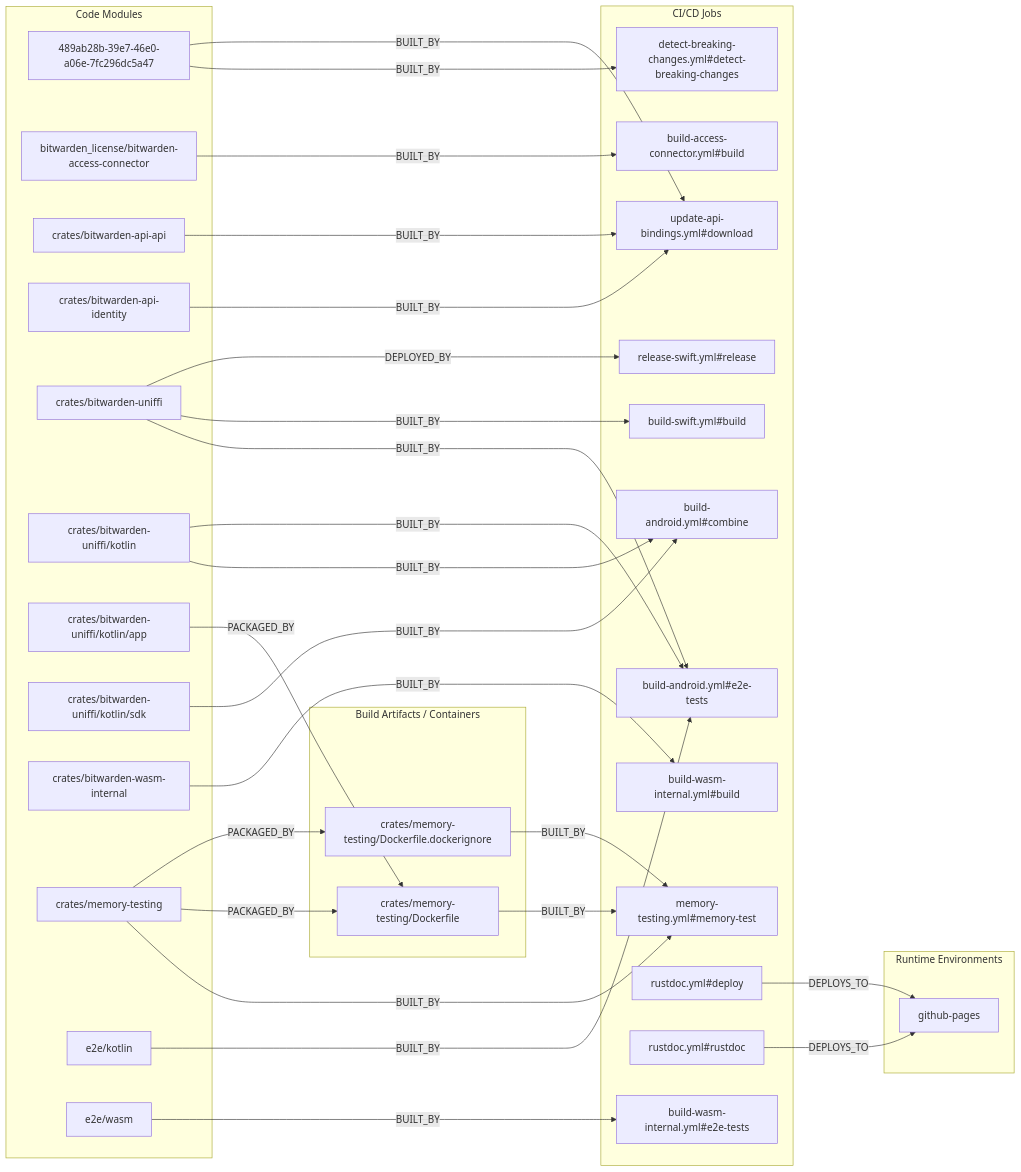
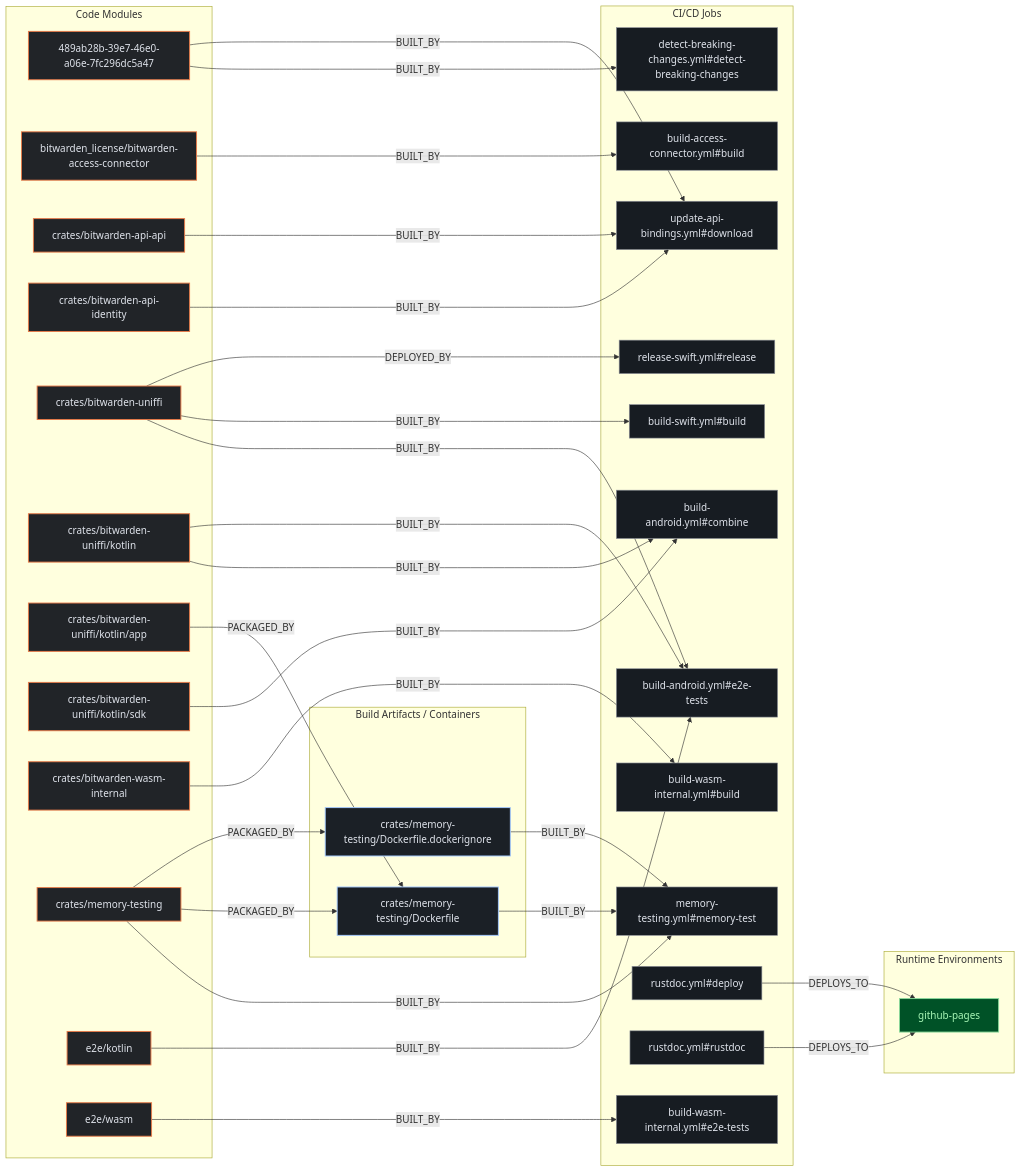
Before and after one commit to kumarshaz/atruss-code-atlas: the second of 3 diagrams in exports/latest/reports/bitwarden-sdk-internal-report.md, drawn with Mermaid. The commit also changed other lines of this file and 331 other files, not shown here.

Commit message:
docs,ui,fix: update SDLC docs, reorder CI/CD DAG first, stylize Mermaid, and fix Arc42 pipeline topology

````diff
--- a/exports/latest/reports/bitwarden-sdk-internal-report.md
+++ b/exports/latest/reports/bitwarden-sdk-internal-report.md
@@ -280,60 +287,64 @@
 ```mermaid
 flowchart LR
+    classDef atlasCategory fill:#212428,stroke:#E87A48,stroke-width:1.5px,color:#dfe3eb
+    classDef atlasWorkflow fill:#1b2026,stroke:#a3c9ff,stroke-width:1.5px,color:#dfe3eb
+    classDef atlasJob fill:#171c22,stroke:#8d9199,stroke-width:1px,color:#dfe3eb
+    classDef atlasTarget fill:#005227,stroke:#8bd99b,stroke-width:1.5px,color:#a7f6b6
     subgraph code_modules["Code Modules"]
-        mod_489ab28b_39e7_46e0_a06e_7fc296dc5a47["489ab28b-39e7-46e0-a06e-7fc296dc5a47"]
-        mod_bitwarden_license_bitwarden_access_connector["bitwarden_license/bitwarden-access-connector"]
-        mod_crates_bitwarden_api_api["crates/bitwarden-api-api"]
-        mod_crates_bitwarden_api_identity["crates/bitwarden-api-identity"]
-        mod_crates_bitwarden_uniffi["crates/bitwarden-uniffi"]
-        mod_crates_bitwarden_uniffi_kotlin["crates/bitwarden-uniffi/kotlin"]
-        mod_crates_bitwarden_uniffi_kotlin_app["crates/bitwarden-uniffi/kotlin/app"]
-        mod_crates_bitwarden_uniffi_kotlin_sdk["crates/bitwarden-uniffi/kotlin/sdk"]
-        mod_crates_bitwarden_wasm_internal["crates/bitwarden-wasm-internal"]
-        mod_crates_memory_testing["crates/memory-testing"]
-        mod_e2e_kotlin["e2e/kotlin"]
-        mod_e2e_wasm["e2e/wasm"]
+        mod_489ab28b_39e7_46e0_a06e_7fc296dc5a47["489ab28b-39e7-46e0-a06e-7fc296dc5a47"]:::atlasCategory
+        mod_bitwarden_license_bitwarden_access_connector["bitwarden_license/bitwarden-access-connector"]:::atlasCategory
+        mod_crates_bitwarden_api_api["crates/bitwarden-api-api"]:::atlasCategory
+        mod_crates_bitwarden_api_identity["crates/bitwarden-api-identity"]:::atlasCategory
+        mod_crates_bitwarden_uniffi["crates/bitwarden-uniffi"]:::atlasCategory
+        mod_crates_bitwarden_uniffi_kotlin["crates/bitwarden-uniffi/kotlin"]:::atlasCategory
+        mod_crates_bitwarden_uniffi_kotlin_app["crates/bitwarden-uniffi/kotlin/app"]:::atlasCategory
+        mod_crates_bitwarden_uniffi_kotlin_sdk["crates/bitwarden-uniffi/kotlin/sdk"]:::atlasCategory
+        mod_crates_bitwarden_wasm_internal["crates/bitwarden-wasm-internal"]:::atlasCategory
+        mod_crates_memory_testing["crates/memory-testing"]:::atlasCategory
+        mod_e2e_kotlin["e2e/kotlin"]:::atlasCategory
+        mod_e2e_wasm["e2e/wasm"]:::atlasCategory
     end
     subgraph build_artifacts["Build Artifacts / Containers"]
-        art_crates_memory_testing_Dockerfile["crates/memory-testing/Dockerfile"]
-        art_crates_memory_testing_Dockerfile_dockerignore["crates/memory-testing/Dockerfile.dockerignore"]
+        art_crates_memory_testing_Dockerfile["crates/memory-testing/Dockerfile"]:::atlasWorkflow
+        art_crates_memory_testing_Dockerfile_dockerignore["crates/memory-testing/Dockerfile.dockerignore"]:::atlasWorkflow
     end
     subgraph ci_jobs["CI/CD Jobs"]
-        job_build_access_connector_yml_build["build-access-connector.yml#build"]
-        job_build_android_yml_combine["build-android.yml#combine"]
-        job_build_android_yml_e2e_tests["build-android.yml#e2e-tests"]
-        job_build_swift_yml_build["build-swift.yml#build"]
-        job_build_wasm_internal_yml_build["build-wasm-internal.yml#build"]
-        job_build_wasm_internal_yml_e2e_tests["build-wasm-internal.yml#e2e-tests"]
-        job_detect_breaking_changes_yml_detect_breaking_changes["detect-breaking-changes.yml#detect-breaking-changes"]
-        job_memory_testing_yml_memory_test["memory-testing.yml#memory-test"]
-        job_release_swift_yml_release["release-swift.yml#release"]
-        job_rustdoc_yml_deploy["rustdoc.yml#deploy"]
-        job_rustdoc_yml_rustdoc["rustdoc.yml#rustdoc"]
-        job_update_api_bindings_yml_download["update-api-bindings.yml#download"]
+        job_build_access_connector_yml_build["build-access-connector.yml#build"]:::atlasJob
+        job_build_android_yml_combine["build-android.yml#combine"]:::atlasJob
+        job_build_android_yml_e2e_tests["build-android.yml#e2e-tests"]:::atlasJob
+        job_build_swift_yml_build["build-swift.yml#build"]:::atlasJob
+        job_build_wasm_internal_yml_build["build-wasm-internal.yml#build"]:::atlasJob
+        job_build_wasm_internal_yml_e2e_tests["build-wasm-internal.yml#e2e-tests"]:::atlasJob
+        job_detect_breaking_changes_yml_detect_breaking_changes["detect-breaking-changes.yml#detect-breaking-changes"]:::atlasJob
+        job_memory_testing_yml_memory_test["memory-testing.yml#memory-test"]:::atlasJob
+        job_release_swift_yml_release["release-swift.yml#release"]:::atlasJob
+        job_rustdoc_yml_deploy["rustdoc.yml#deploy"]:::atlasJob
+        job_rustdoc_yml_rustdoc["rustdoc.yml#rustdoc"]:::atlasJob
+        job_update_api_bindings_yml_download["update-api-bindings.yml#download"]:::atlasJob
     end
     subgraph runtime_envs["Runtime Environments"]
-        env_github_pages["github-pages"]
+        env_github_pages["github-pages"]:::atlasTarget
     end
     job_rustdoc_yml_deploy -->|DEPLOYS_TO| env_github_pages
     job_rustdoc_yml_rustdoc -->|DEPLOYS_TO| env_github_pages
     mod_489ab28b_39e7_46e0_a06e_7fc296dc5a47 -->|BUILT_BY| job_detect_breaking_changes_yml_detect_breaking_changes
     mod_489ab28b_39e7_46e0_a06e_7fc296dc5a47 -->|BUILT_BY| job_update_api_bindings_yml_download
     mod_bitwarden_license_bitwarden_access_connector -->|BUILT_BY| job_build_access_connector_yml_build
     mod_crates_bitwarden_api_api -->|BUILT_BY| job_update_api_bindings_yml_download
     mod_crates_bitwarden_api_identity -->|BUILT_BY| job_update_api_bindings_yml_download
     mod_crates_bitwarden_uniffi -->|BUILT_BY| job_build_android_yml_e2e_tests
     mod_crates_bitwarden_uniffi -->|BUILT_BY| job_build_swift_yml_build
     mod_crates_bitwarden_uniffi -->|DEPLOYED_BY| job_release_swift_yml_release
     mod_crates_bitwarden_uniffi_kotlin -->|BUILT_BY| job_build_android_yml_combine
     mod_crates_bitwarden_uniffi_kotlin -->|BUILT_BY| job_build_android_yml_e2e_tests
     mod_crates_bitwarden_uniffi_kotlin_app -->|PACKAGED_BY| art_crates_memory_testing_Dockerfile
     mod_crates_bitwarden_uniffi_kotlin_sdk -->|BUILT_BY| job_build_android_yml_combine
     mod_crates_bitwarden_wasm_internal -->|BUILT_BY| job_build_wasm_internal_yml_build
     mod_crates_memory_testing -->|BUILT_BY| job_memory_testing_yml_memory_test
     mod_crates_memory_testing -->|PACKAGED_BY| art_crates_memory_testing_Dockerfile
     mod_crates_memory_testing -->|PACKAGED_BY| art_crates_memory_testing_Dockerfile_dockerignore
     mod_e2e_kotlin -->|BUILT_BY| job_build_android_yml_e2e_tests
     mod_e2e_wasm -->|BUILT_BY| job_build_wasm_internal_yml_e2e_tests
     art_crates_memory_testing_Dockerfile -->|BUILT_BY| job_memory_testing_yml_memory_test
     art_crates_memory_testing_Dockerfile_dockerignore -->|BUILT_BY| job_memory_testing_yml_memory_test
 ```
````
